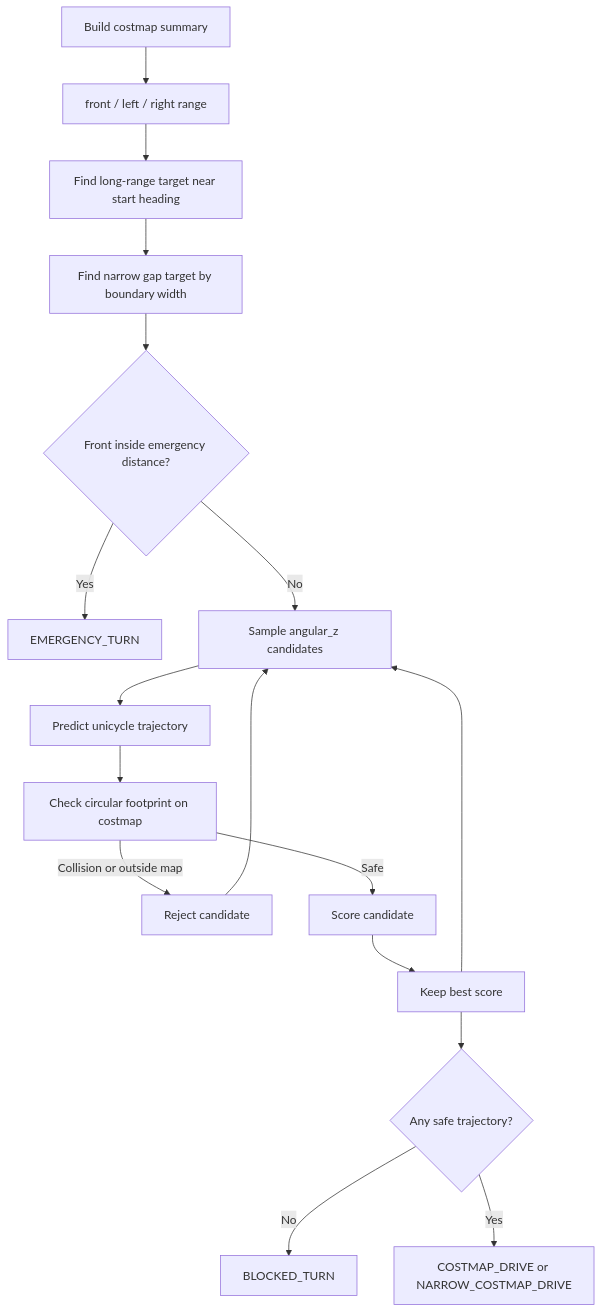
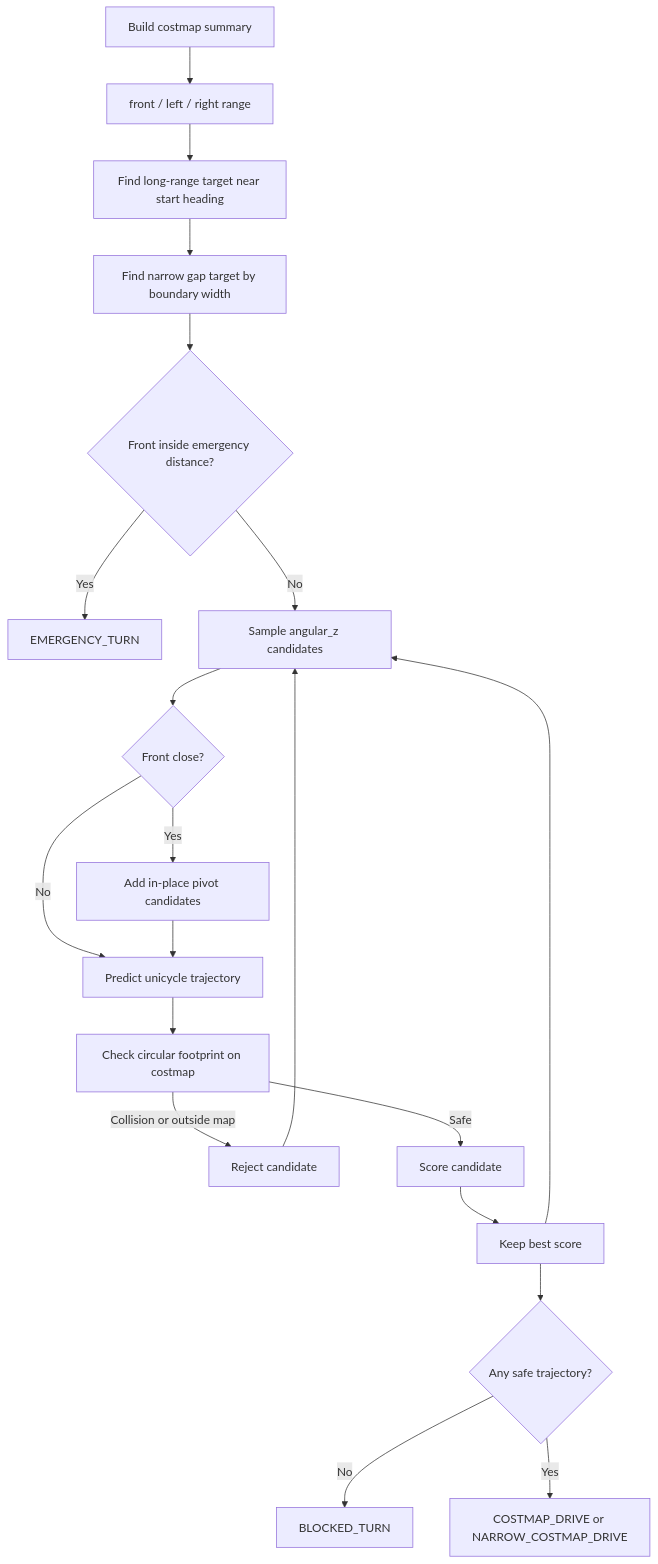
One commit to jhongno01/ROS2_Courses changed the third of 3 diagrams in src/turtlebot_autonomous_costmap_drive/Flow.md. Above: the diagram before and after it, drawn with Mermaid. The commit also changed other lines of this file and 2 other files, not shown here.

Commit message:
Add front-close pivot candidates to costmap drive

````diff
--- a/src/turtlebot_autonomous_costmap_drive/Flow.md
+++ b/src/turtlebot_autonomous_costmap_drive/Flow.md
@@ -77,19 +77,22 @@
 ```mermaid
 flowchart TD
     A["Build costmap summary"] --> B["front / left / right range"]
     B --> B2["Find long-range target near start heading"]
     B2 --> B3["Find narrow gap target by boundary width"]
     B3 --> C{"Front inside emergency distance?"}
     C -- "Yes" --> D["EMERGENCY_TURN"]
     C -- "No" --> E["Sample angular_z candidates"]
-    E --> F["Predict unicycle trajectory"]
+    E --> E2{"Front close?"}
+    E2 -- "Yes" --> E3["Add in-place pivot candidates"]
+    E2 -- "No" --> F["Predict unicycle trajectory"]
+    E3 --> F
     F --> G["Check circular footprint on costmap"]
     G -- "Collision or outside map" --> H["Reject candidate"]
     G -- "Safe" --> I["Score candidate"]
     I --> J["Keep best score"]
     H --> E
     J --> E
     J --> K{"Any safe trajectory?"}
     K -- "No" --> L["BLOCKED_TURN"]
     K -- "Yes" --> M["COSTMAP_DRIVE or NARROW_COSTMAP_DRIVE"]
 ```
````
